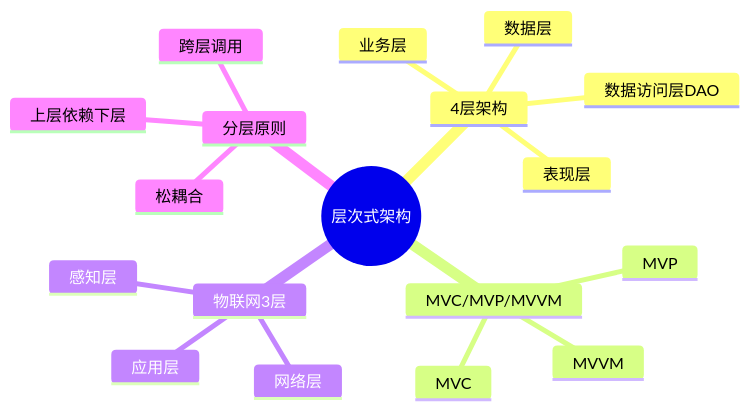
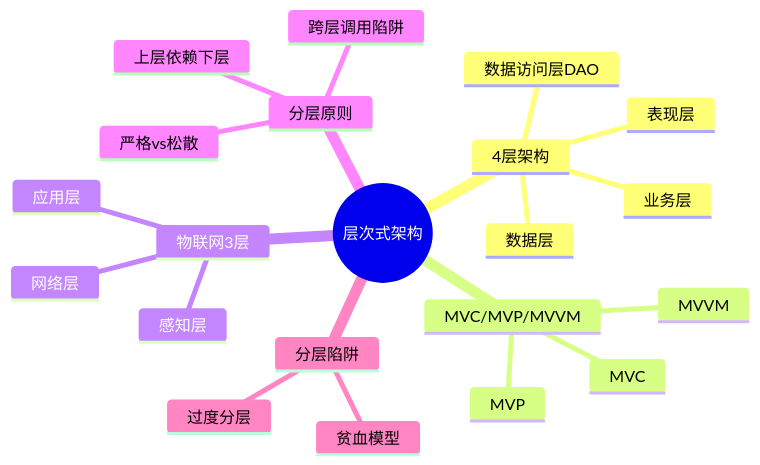
Before and after one commit to wanlinruo/system-architect-exam-prep: the diagram in 02-案例分析/03-层次式架构设计.md, drawn with Mermaid. The commit also changed other lines of this file, not shown here.

````diff
--- a/02-案例分析/03-层次式架构设计.md
+++ b/02-案例分析/03-层次式架构设计.md
@@ -39,21 +49,24 @@
 ```mermaid
 mindmap
   root((层次式架构))
     4层架构
       表现层
       业务层
       数据访问层DAO
       数据层
     MVC/MVP/MVVM
       MVC
       MVP
       MVVM
     物联网3层
       感知层
       网络层
       应用层
     分层原则
       上层依赖下层
-      跨层调用
-      松耦合
+      跨层调用陷阱
+      严格vs松散
+    分层陷阱
+      贫血模型
+      过度分层
 ```
````
